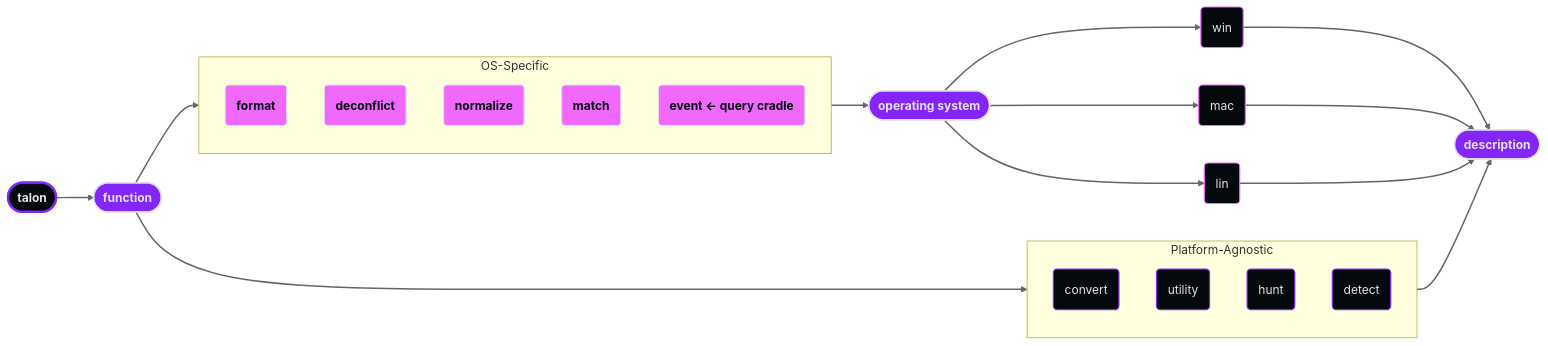
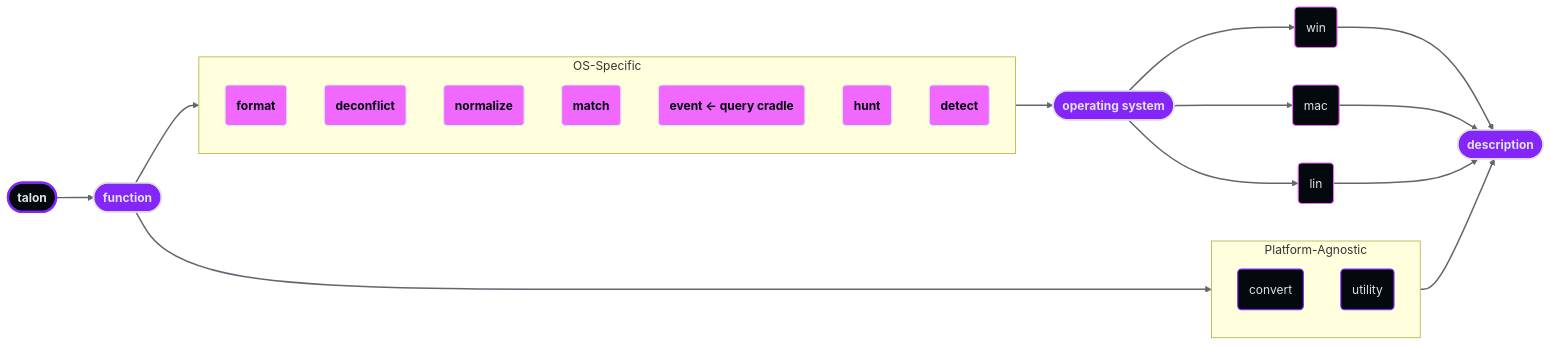
The diagram in docs/naming.md (DominionCyber/talon_hunt_framework_documentation), drawn with Mermaid before and after one commit. The commit also changed other lines of this file, not shown here.

````diff
--- a/docs/naming.md
+++ b/docs/naming.md
@@ -25,51 +27,51 @@
 ```mermaid
 graph LR
     A(["talon"])
 
     A --> B(["function"])
 
     subgraph Platform_Agnostic [" Platform-Agnostic "]
         direction TB
         PA1("convert")
         PA2("utility")
-        PA3("hunt")
-        PA4("detect")
     end
 
     subgraph OS_Specific [" OS-Specific "]
         direction TB
         OS1("format")
         OS2("deconflict")
         OS3("normalize")
         OS4("match")
         OS5("event ← query cradle")
+        OS6("hunt")
+        OS7("detect")
     end
 
     B --> Platform_Agnostic
     B --> OS_Specific
 
     OS_Specific --> C(["operating system"])
 
     C --> C1("win")
     C --> C2("mac")
     C --> C3("lin")
 
     Platform_Agnostic --> D(["description"])
     C1 --> D
     C2 --> D
     C3 --> D
 
     classDef prefix fill:#04090E,stroke:#8425FA,stroke-width:3px,color:#E2E2E6,font-weight:bold
     classDef segment fill:#8425FA,stroke:#E2E2E6,stroke-width:2px,color:#E2E2E6,font-weight:bold
     classDef agnostic fill:#04090E,stroke:#8425FA,stroke-width:1.5px,color:#E2E2E6
     classDef os fill:#04090E,stroke:#F168FF,stroke-width:1.5px,color:#E2E2E6
     classDef osfunc fill:#F168FF,stroke:#E2E2E6,stroke-width:1.5px,color:#04090E,font-weight:bold
 
     class A prefix
     class B,C,D segment
-    class PA1,PA2,PA3,PA4 agnostic
+    class PA1,PA2 agnostic
     class C1,C2,C3 os
-    class OS1,OS2,OS3,OS4,OS5 osfunc
+    class OS1,OS2,OS3,OS4,OS5,OS6,OS7 osfunc
 
     linkStyle default stroke:#62666F,stroke-width:2px
 ```
````
